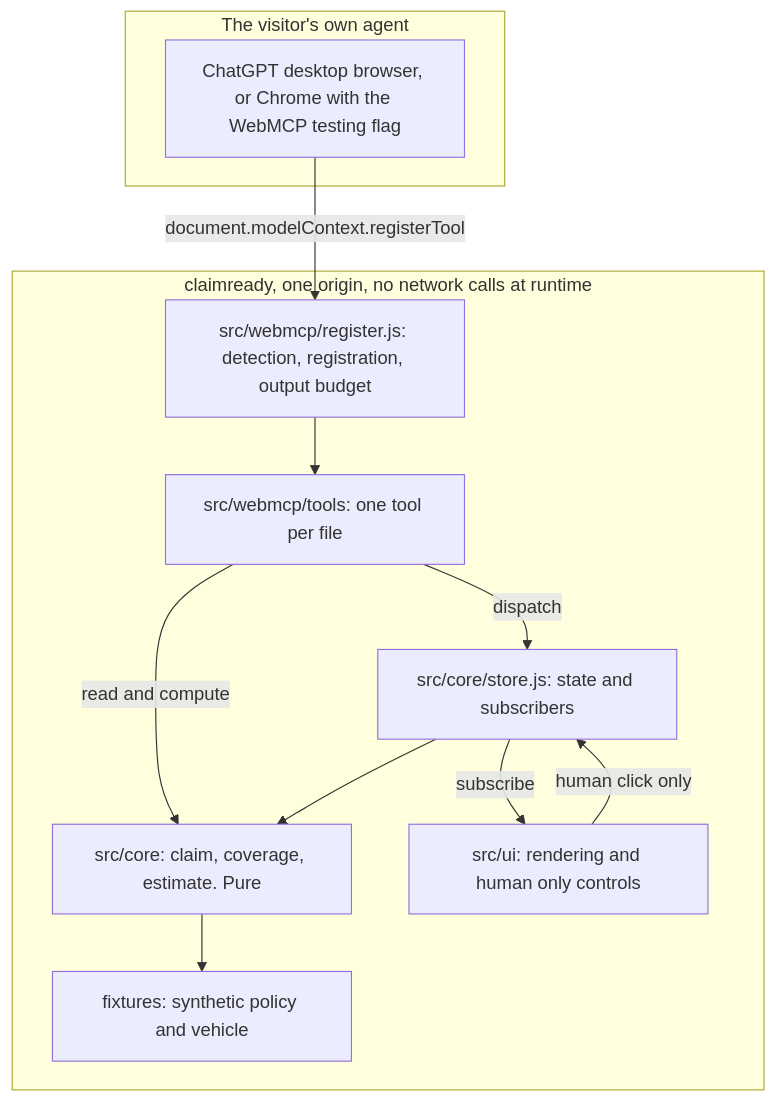
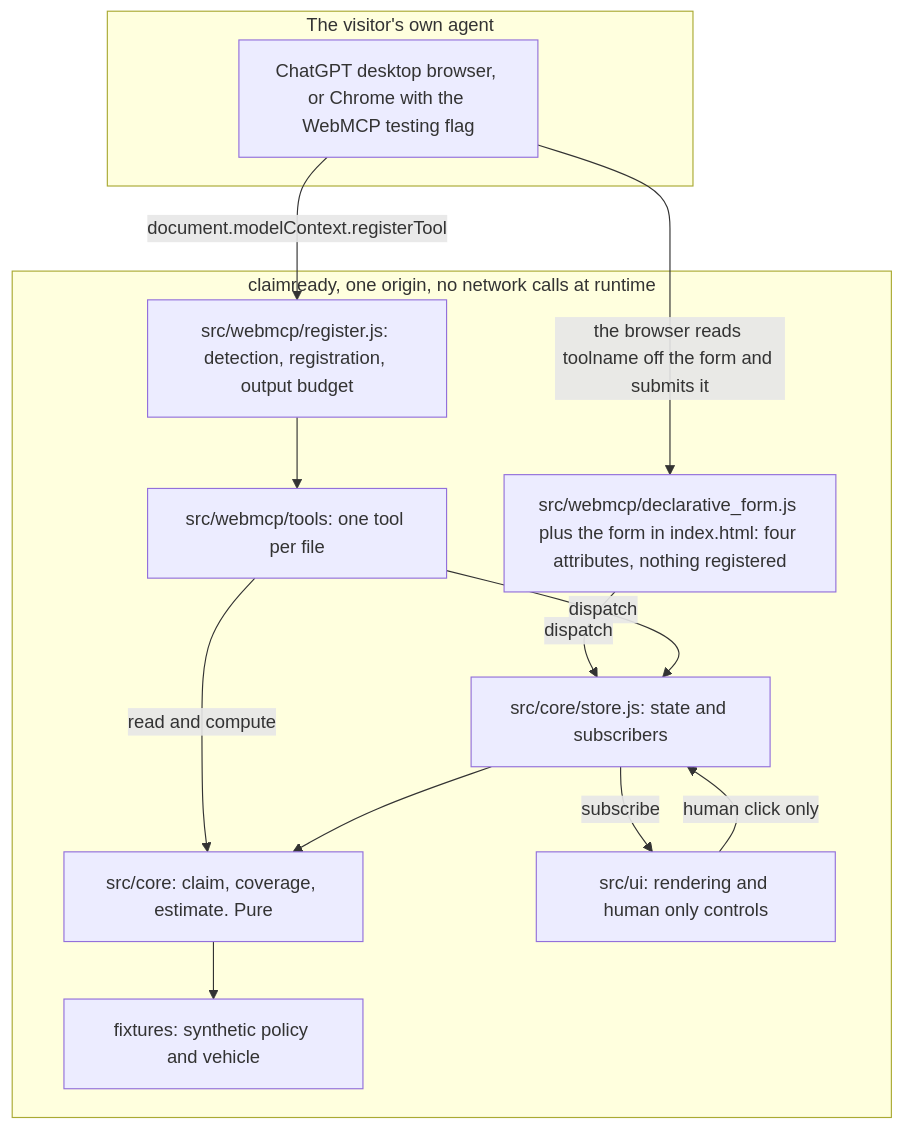
Before and after one commit to upgradedev/claimready: the diagram in docs/architecture.md, drawn with Mermaid. The commit also changed other lines of this file and 14 other files, not shown here.

````diff
--- a/docs/architecture.md
+++ b/docs/architecture.md
@@ -10,24 +10,27 @@
 ```mermaid
 flowchart TB
   subgraph agent["The visitor's own agent"]
     A["ChatGPT desktop browser, or Chrome with the WebMCP testing flag"]
   end
 
   subgraph page["claimready, one origin, no network calls at runtime"]
     R["src/webmcp/register.js: detection, registration, output budget"]
     T["src/webmcp/tools: one tool per file"]
+    D["src/webmcp/declarative_form.js plus the form in index.html: four attributes, nothing registered"]
     S["src/core/store.js: state and subscribers"]
     C["src/core: claim, coverage, estimate. Pure"]
     U["src/ui: rendering and human only controls"]
     F["fixtures: synthetic policy and vehicle"]
   end
 
   A -->|"document.modelContext.registerTool"| R
+  A -->|"the browser reads toolname off the form and submits it"| D
   R --> T
+  D -->|"dispatch"| S
   T -->|"dispatch"| S
   T -->|"read and compute"| C
   S -->|"subscribe"| U
   S --> C
   C --> F
   U -->|"human click only"| S
 ```
````
